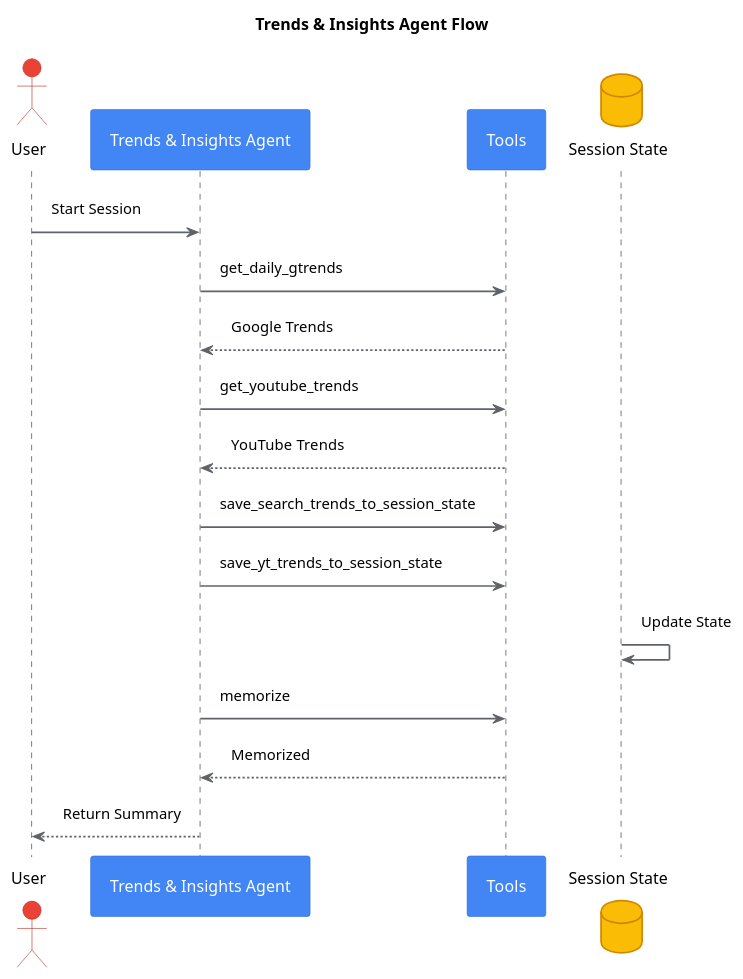
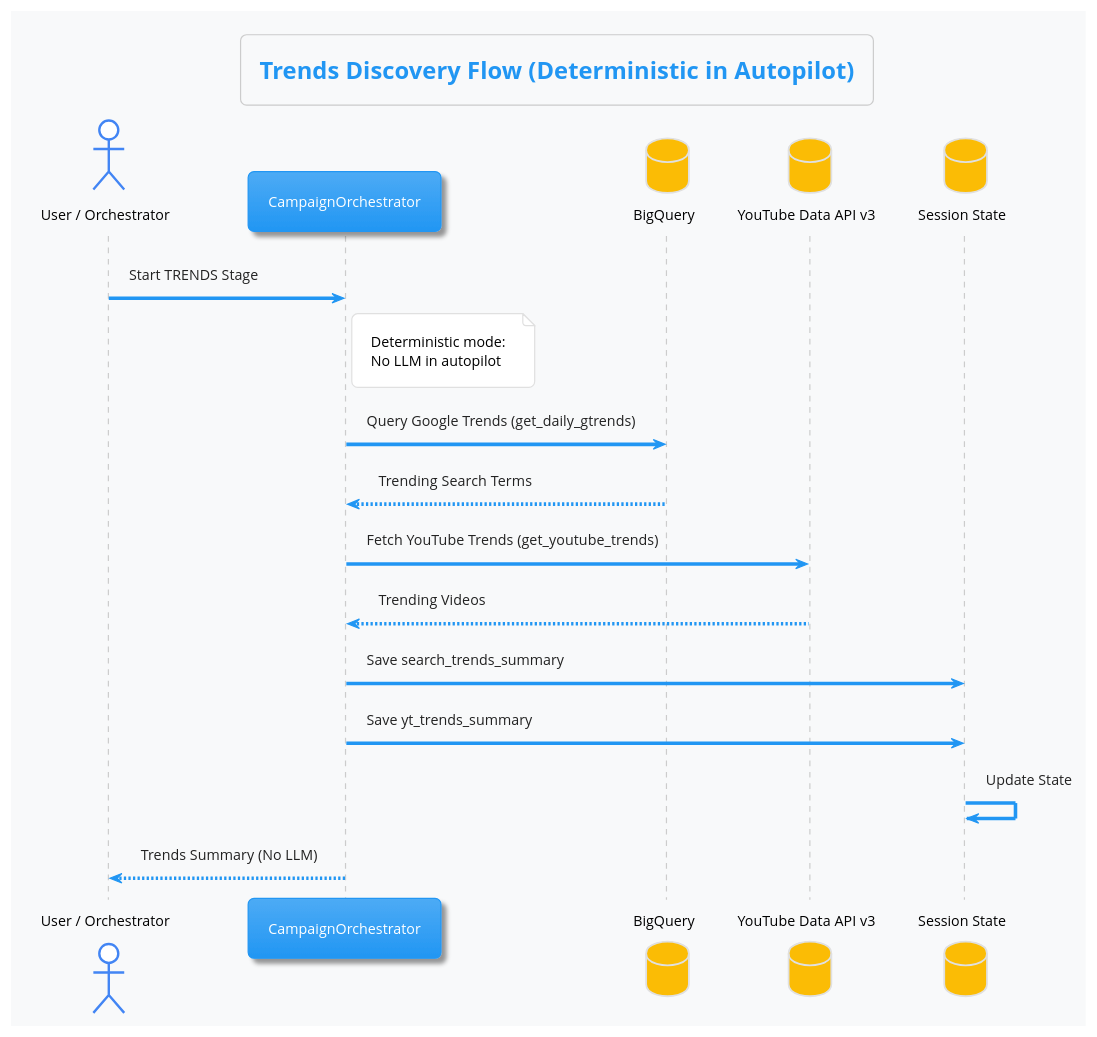
One commit to tottenjordan/zghost changed the diagram in docs/trend_assistant.puml. Above: the diagram before and after it, drawn with PlantUML. The commit also changed 21 other files, not shown here.

First line of the commit message:
docs: update all PlantUML diagrams for flat 2-level architecture

```diff
--- a/docs/trend_assistant.puml
+++ b/docs/trend_assistant.puml
@@ -1,50 +1,138 @@
 @startuml
-skinparam Handwritten false
-skinparam Monochrome false
-skinparam BackgroundColor #FFFFFF
-skinparam Shadowing false
+
+' GCP_BRANDING_APPLIED
+!theme materia
+skinparam backgroundColor #F8F9FA
+skinparam roundCorner 10
+skinparam defaultFontName "Open Sans"
+skinparam DefaultFontSize 12
 skinparam Padding 10
-skinparam BoxPadding 10
+
+skinparam database {
+    BackgroundColor #FBBC05
+    BorderColor #E0E0E0
+    FontColor #000
+    Shadowing false
+}
+skinparam component {
+    BackgroundColor #4285F4
+    BorderColor #E0E0E0
+    FontColor #FFF
+    Shadowing false
+}
+skinparam rectangle {
+    BackgroundColor #EA4335
+    BorderColor #E0E0E0
+    FontColor #FFF
+    Shadowing false
+}
+skinparam note {
+    BackgroundColor #FFFFFF
+    BorderColor #E0E0E0
+    FontColor #000000
+    Shadowing false
+    BorderThickness 1
+}
+skinparam collections {
+    BackgroundColor #34A853
+    BorderColor #E0E0E0
+    FontColor #FFF
+    Shadowing false
+}
+skinparam state {
+    BackgroundColor #4285F4
+    BorderColor #E0E0E0
+    FontColor #FFF
+    Shadowing false
+}
+skinparam activity {
+    BackgroundColor #4285F4
+    BorderColor #E0E0E0
+    FontColor #FFF
+    Shadowing false
+}
+skinparam actor {
+    BackgroundColor #FFFFFF
+    BorderColor #4285F4
+    FontColor #000
+    Shadowing false
+    BorderThickness 2
+}
+skinparam usecase {
+    BackgroundColor #FBBC05
+    BorderColor #E0E0E0
+    FontColor #000
+    Shadowing false
+}
+skinparam cloud {
+    BackgroundColor #FFFFFF
+    BorderColor #E0E0E0
+    FontColor #000
+    Shadowing false
+}
+skinparam frame {
+    BackgroundColor #FFFFFF
+    BorderColor #E0E0E0
+    FontColor #000
+    Shadowing false
+}
+skinparam package {
+    BackgroundColor #F8F9FA
+    BorderColor #CCCCCC
+    FontColor #000
+    Shadowing false
+    BorderThickness 1
+}
+skinparam node {
+    BackgroundColor #EA4335
+    BorderColor #E0E0E0
+    FontColor #FFF
+    Shadowing false
+}
+skinparam queue {
+    BackgroundColor #34A853
+    BorderColor #E0E0E0
+    FontColor #FFF
+    Shadowing false
+}
+
+
 
 ' Participant Styles
-skinparam ParticipantBackgroundColor #4285F4
-skinparam ParticipantBorderColor #3367D6
-skinparam ParticipantFontColor #FFFFFF
 
 ' Actor Styles
-skinparam ActorBackgroundColor #EA4335
-skinparam ActorBorderColor #B32015
 
 ' Database Styles
-skinparam DatabaseBackgroundColor #FBBC05
-skinparam DatabaseBorderColor #D08700
 
 ' Arrow Styles
-skinparam ArrowColor #5F6368
-skinparam ArrowThickness 1.5
 
 ' LifeLine Styles
-skinparam LifeLineBorderColor #5F6368
-skinparam LifeLineBackgroundColor #E8F0FE
 
 
-title Trends & Insights Agent Flow
+title Trends Discovery Flow (Deterministic in Autopilot)
 
-actor "User" as User
-participant "Trends & Insights Agent" as Agent
-participant "Tools" as Tools
+actor "User / Orchestrator" as User
+participant "CampaignOrchestrator" as Orch
+database "BigQuery" as BQ
+database "YouTube Data API v3" as YT
 database "Session State" as State
 
-User -> Agent: Start Session
-Agent -> Tools: get_daily_gtrends
-Tools --> Agent: Google Trends
-Agent -> Tools: get_youtube_trends
-Tools --> Agent: YouTube Trends
-Agent -> Tools: save_search_trends_to_session_state
-Agent -> Tools: save_yt_trends_to_session_state
+User -> Orch: Start TRENDS Stage
+note right of Orch
+  Deterministic mode:
+  No LLM in autopilot
+end note
+
+Orch -> BQ: Query Google Trends (get_daily_gtrends)
+BQ --> Orch: Trending Search Terms
+
+Orch -> YT: Fetch YouTube Trends (get_youtube_trends)
+YT --> Orch: Trending Videos
+
+Orch -> State: Save search_trends_summary
+Orch -> State: Save yt_trends_summary
 State -> State: Update State
-Agent -> Tools: memorize
-Tools --> Agent: Memorized
-Agent --> User: Return Summary
+
+Orch --> User: Trends Summary (No LLM)
 
 @endum
```
